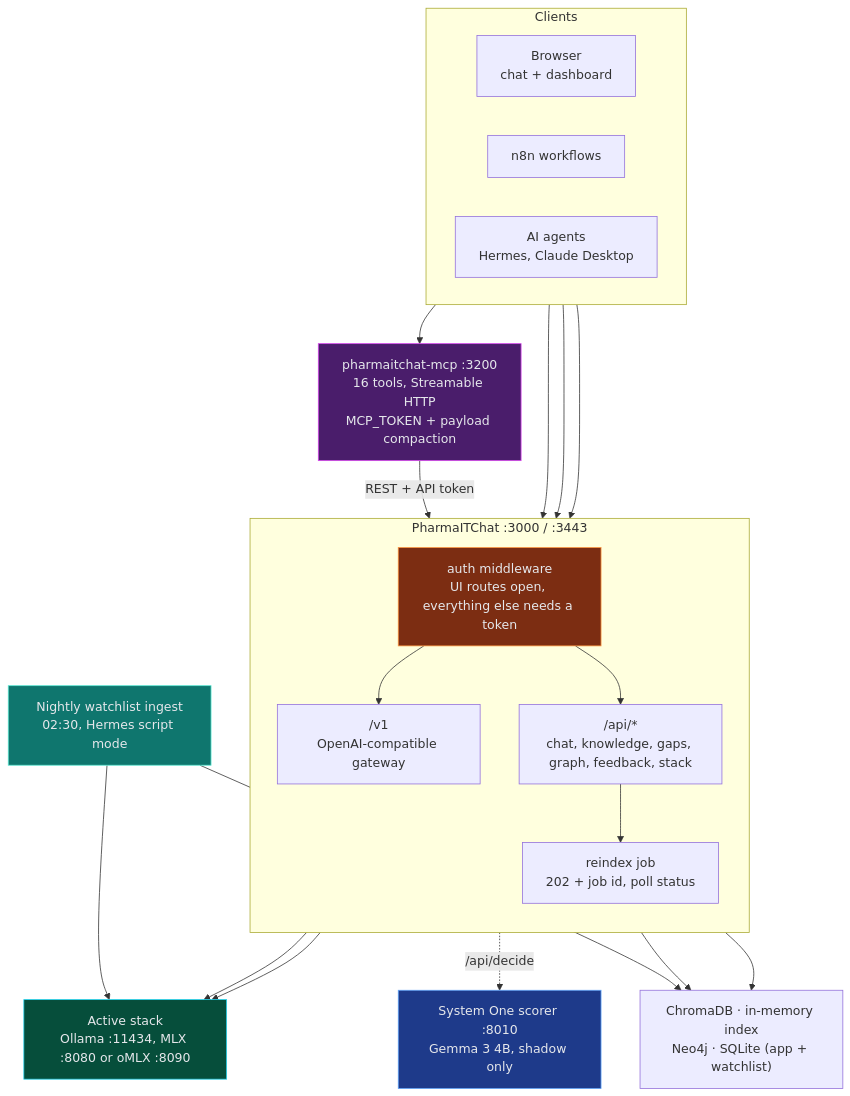
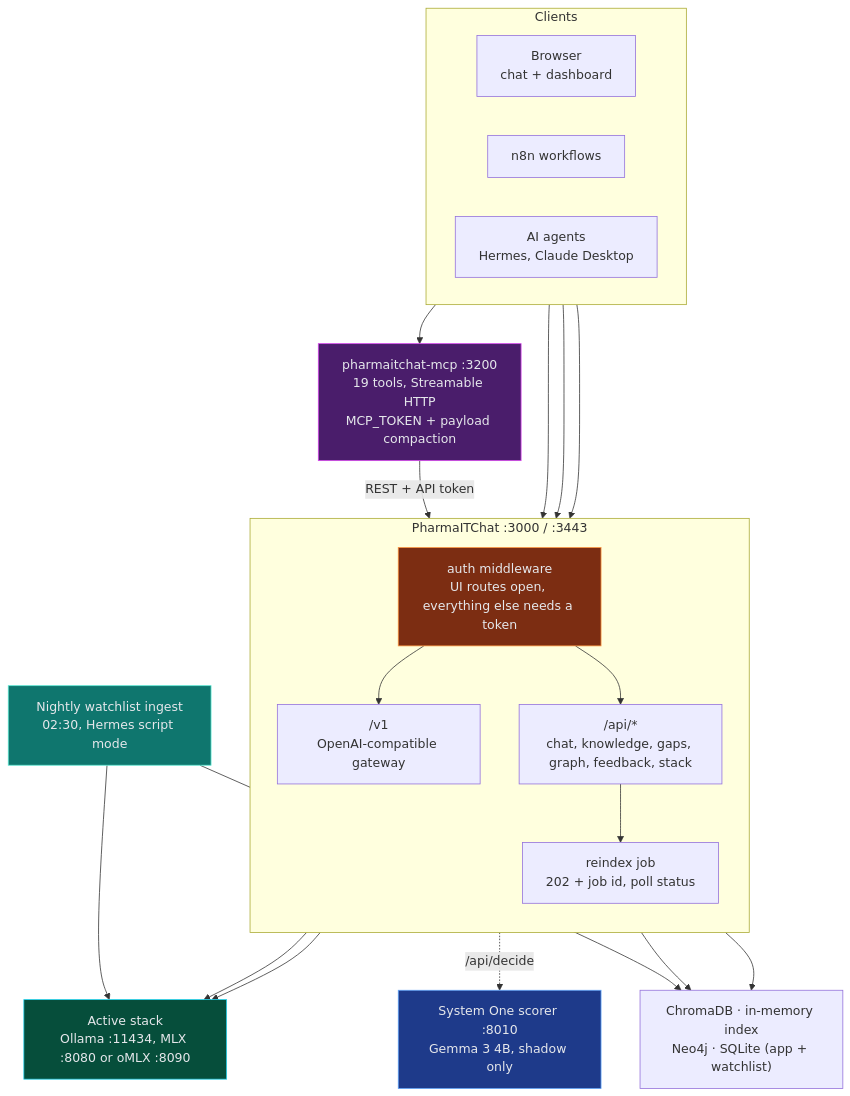
Diagram 12 of 12 in README.md (sebdallais-git/PharmaIT_Chat_and_Digest), drawn with Mermaid before and after one commit. The commit also changed other lines of this file and 13 other files, not shown here.

````diff
--- a/README.md
+++ b/README.md
@@ -855,46 +886,46 @@
 ```mermaid
 flowchart TB
     subgraph CL["Clients"]
         direction LR
         B["Browser<br/>chat + dashboard"]
         N["n8n workflows"]
         AG["AI agents<br/>Hermes, Claude Desktop"]
     end
 
-    MCP["pharmaitchat-mcp :3200<br/>16 tools, Streamable HTTP<br/>MCP_TOKEN + payload compaction"]
+    MCP["pharmaitchat-mcp :3200<br/>19 tools, Streamable HTTP<br/>MCP_TOKEN + payload compaction"]
 
     subgraph APP["PharmaITChat :3000 / :3443"]
         direction TB
         AUTH["auth middleware<br/>UI routes open, everything else needs a token"]
         V1["/v1<br/>OpenAI-compatible gateway"]
         API["/api/*<br/>chat, knowledge, gaps, graph, feedback, stack"]
         RJ["reindex job<br/>202 + job id, poll status"]
     end
 
     CRON["Nightly watchlist ingest<br/>02:30, Hermes script mode"]
     STACK["Active stack<br/>Ollama :11434, MLX :8080 or oMLX :8090"]
     JEV["System One scorer :8010<br/>Gemma 3 4B, shadow only"]
     DATA["ChromaDB · in-memory index<br/>Neo4j · SQLite (app + watchlist)"]
 
     B --> AUTH
     N --> AUTH
     AG --> MCP
     AG --> AUTH
     MCP -- "REST + API token" --> AUTH
     AUTH --> V1
     AUTH --> API
     API --> RJ
     V1 --> STACK
     API --> STACK
     API -. "/api/decide" .-> JEV
     API --> DATA
     RJ --> DATA
     CRON --> STACK
     CRON --> DATA
 
     style AUTH fill:#7c2d12,stroke:#fb923c,color:#e5e7eb
     style MCP fill:#4a1d6b,stroke:#d946ef,color:#e5e7eb
     style STACK fill:#064e3b,stroke:#22d3ee,color:#e5e7eb
     style CRON fill:#0f766e,stroke:#5eead4,color:#e5e7eb
     style JEV fill:#1e3a8a,stroke:#60a5fa,color:#e5e7eb
 ```
````
